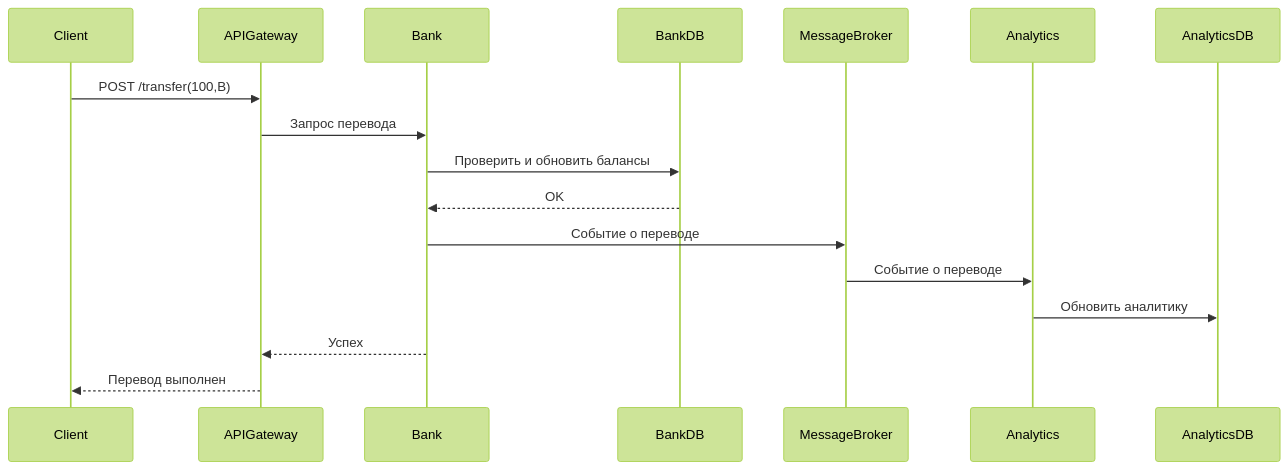
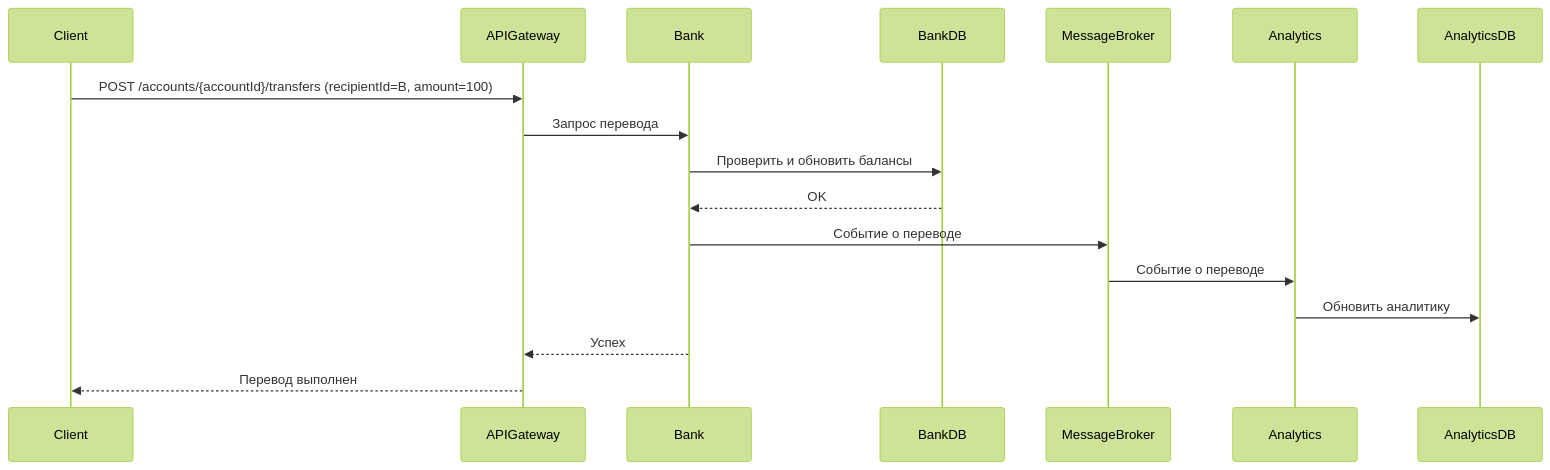
Before and after one commit to spbu-ds-practicum-2025/example-project: the fourth of 5 diagrams in docs/tr.md, drawn with Mermaid (forest theme). The commit also changed other lines of this file, not shown here.

````diff
--- a/docs/tr.md
+++ b/docs/tr.md
@@ -153,20 +179,20 @@
 ```mermaid
 sequenceDiagram
   participant Client
   participant APIGateway
   participant Bank
   participant BankDB
   participant MessageBroker
   participant Analytics
   participant AnalyticsDB
 
-  Client->>APIGateway: POST /transfer(100,B)
+  Client->>APIGateway: POST /accounts/{accountId}/transfers (recipientId=B, amount=100)
   APIGateway->>Bank: Запрос перевода
   Bank->>BankDB: Проверить и обновить балансы
   BankDB-->>Bank: OK
   Bank->>MessageBroker: Событие о переводе
   MessageBroker->>Analytics: Событие о переводе
   Analytics->>AnalyticsDB: Обновить аналитику
   Bank-->>APIGateway: Успех
   APIGateway-->>Client: Перевод выполнен
 ```
````
